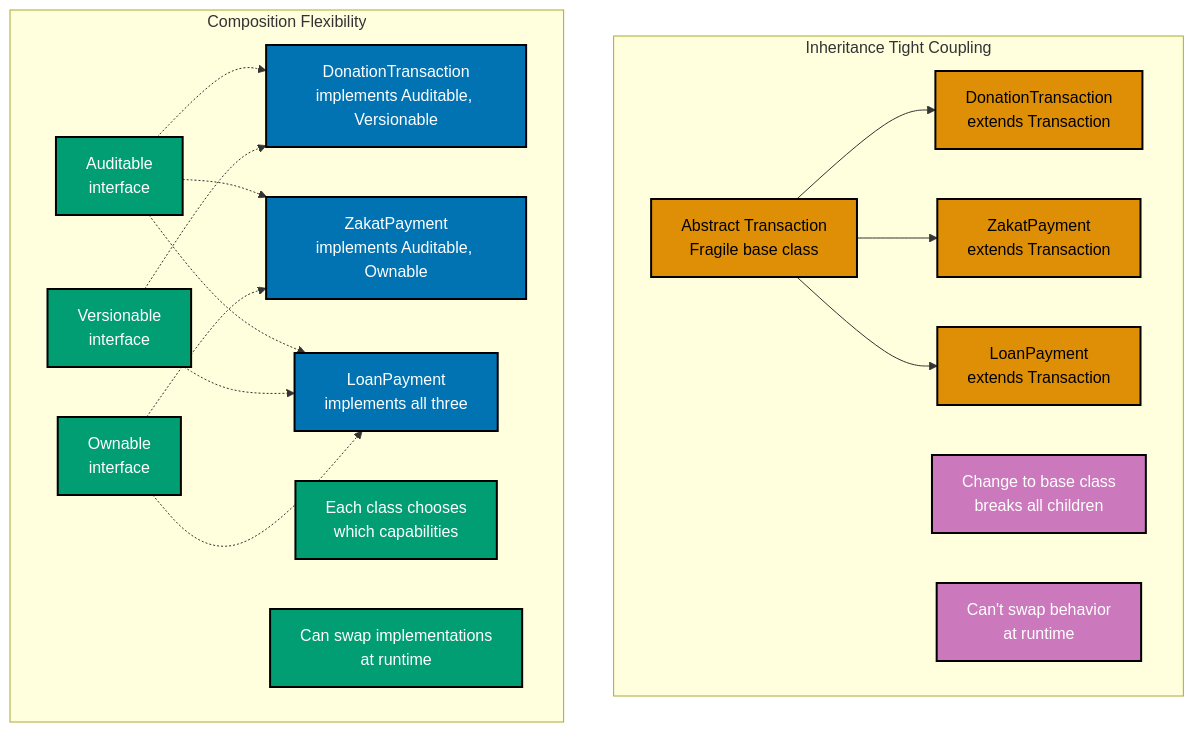
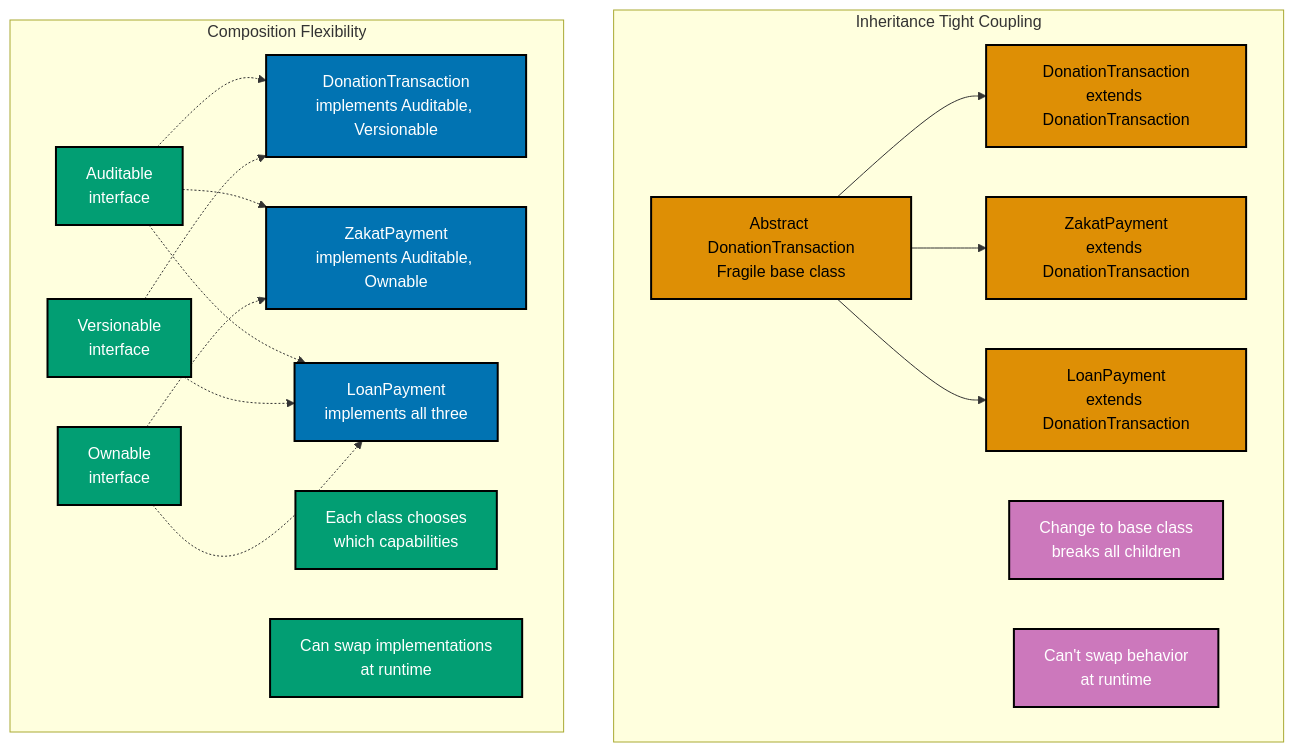
Before and after one commit to wahidyankf/open-sharia-enterprise: the third of 3 diagrams in docs/explanation/software/stack-lang/java/ex-so-stla-ja__interfaces-and-polymorphism.md, drawn with Mermaid. The commit also changed other lines of this file and 81 other files, not shown here.

````diff
--- a/docs/explanation/software/stack-lang/java/ex-so-stla-ja__interfaces-and-polymorphism.md
+++ b/docs/explanation/software/stack-lang/java/ex-so-stla-ja__interfaces-and-polymorphism.md
@@ -1315,45 +1314,45 @@
 ```mermaid
 %% Color Palette: Blue #0173B2, Orange #DE8F05, Teal #029E73, Purple #CC78BC
 %% All colors are color-blind friendly and meet WCAG AA contrast standards
 
 graph TB
     subgraph Inheritance [" Inheritance Tight Coupling "]
-        BaseClass[Abstract Transaction<br/>Fragile base class]:::orange
-        Child1[DonationTransaction<br/>extends Transaction]:::orange
-        Child2[ZakatPayment<br/>extends Transaction]:::orange
-        Child3[LoanPayment<br/>extends Transaction]:::orange
+        BaseClass[Abstract DonationTransaction<br/>Fragile base class]:::orange
+        Child1[DonationTransaction<br/>extends DonationTransaction]:::orange
+        Child2[ZakatPayment<br/>extends DonationTransaction]:::orange
+        Child3[LoanPayment<br/>extends DonationTransaction]:::orange
 
         BaseClass --> Child1
         BaseClass --> Child2
         BaseClass --> Child3
 
         Problem1[Change to base class<br/>breaks all children]:::purple
         Problem2[Can't swap behavior<br/>at runtime]:::purple
     end
 
     subgraph Composition [" Composition Flexibility "]
         Iface1[Auditable<br/>interface]:::teal
         Iface2[Versionable<br/>interface]:::teal
         Iface3[Ownable<br/>interface]:::teal
 
         Impl1[DonationTransaction<br/>implements Auditable, Versionable]:::blue
         Impl2[ZakatPayment<br/>implements Auditable, Ownable]:::blue
         Impl3[LoanPayment<br/>implements all three]:::blue
 
         Iface1 -.-> Impl1
         Iface2 -.-> Impl1
         Iface1 -.-> Impl2
         Iface3 -.-> Impl2
         Iface1 -.-> Impl3
         Iface2 -.-> Impl3
         Iface3 -.-> Impl3
 
         Benefit1[Each class chooses<br/>which capabilities]:::teal
         Benefit2[Can swap implementations<br/>at runtime]:::teal
     end
 
     classDef blue fill:#0173B2,stroke:#000000,color:#FFFFFF,stroke-width:2px
     classDef orange fill:#DE8F05,stroke:#000000,color:#000000,stroke-width:2px
     classDef teal fill:#029E73,stroke:#000000,color:#FFFFFF,stroke-width:2px
     classDef purple fill:#CC78BC,stroke:#000000,color:#FFFFFF,stroke-width:2px
 ```
````
